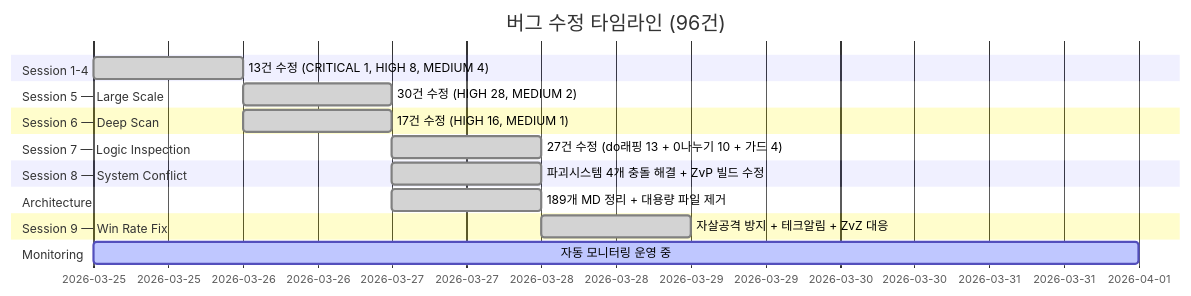
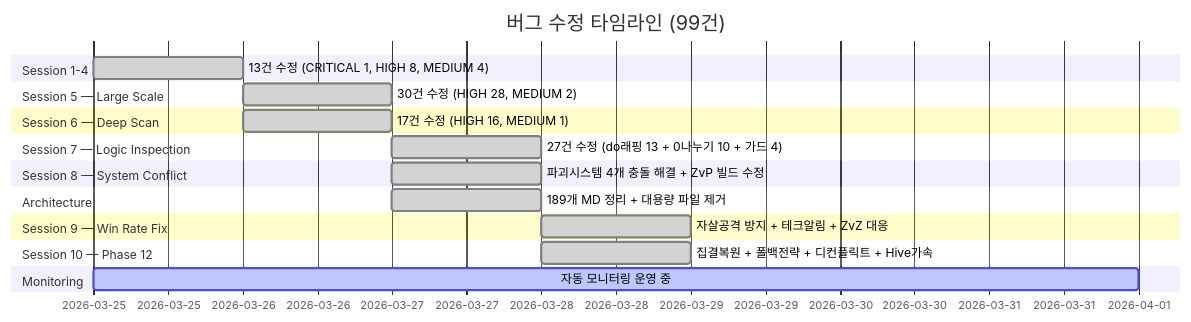
Diagram 23 of 31 in README.md (sun475300-sudo/Swarm-control-in-sc2bot), drawn with Mermaid before and after one commit. The commit also changed other lines of this file, not shown here.

First line of the commit message:
docs: README 업데이트 — Phase 12 대규모 승률 개선 반영

````diff
--- a/README.md
+++ b/README.md
@@ -633,21 +633,23 @@
 ```mermaid
 gantt
-    title 버그 수정 타임라인 (96건)
+    title 버그 수정 타임라인 (99건)
     dateFormat YYYY-MM-DD
     section Session 1-4
         13건 수정 (CRITICAL 1, HIGH 8, MEDIUM 4)   :done, s1, 2026-03-25, 1d
     section Session 5 — Large Scale
         30건 수정 (HIGH 28, MEDIUM 2)              :done, s5, 2026-03-26, 1d
     section Session 6 — Deep Scan
         17건 수정 (HIGH 16, MEDIUM 1)              :done, s6, 2026-03-26, 1d
     section Session 7 — Logic Inspection
         27건 수정 (do래핑 13 + 0나누기 10 + 가드 4) :done, s7, 2026-03-27, 1d
     section Session 8 — System Conflict
         파괴시스템 4개 충돌 해결 + ZvP 빌드 수정    :done, s8, 2026-03-27, 1d
     section Architecture
         189개 MD 정리 + 대용량 파일 제거            :done, s9, 2026-03-27, 1d
     section Session 9 — Win Rate Fix
         자살공격 방지 + 테크알림 + ZvZ 대응         :done, s10, 2026-03-28, 1d
+    section Session 10 — Phase 12
+        집결복원 + 폴백전략 + 디컨플릭트 + Hive가속 :done, s11, 2026-03-28, 1d
     section Monitoring
         자동 모니터링 운영 중                        :active, mon, 2026-03-25, 7d
 ```
````
